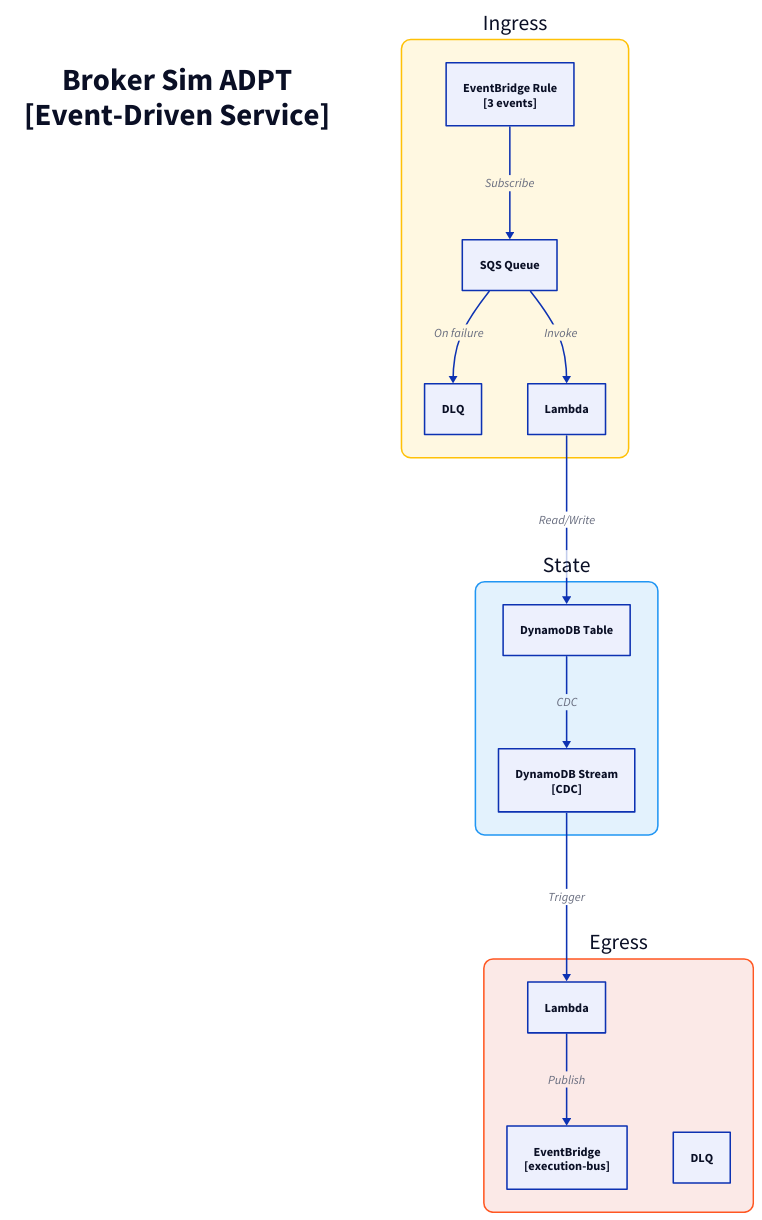
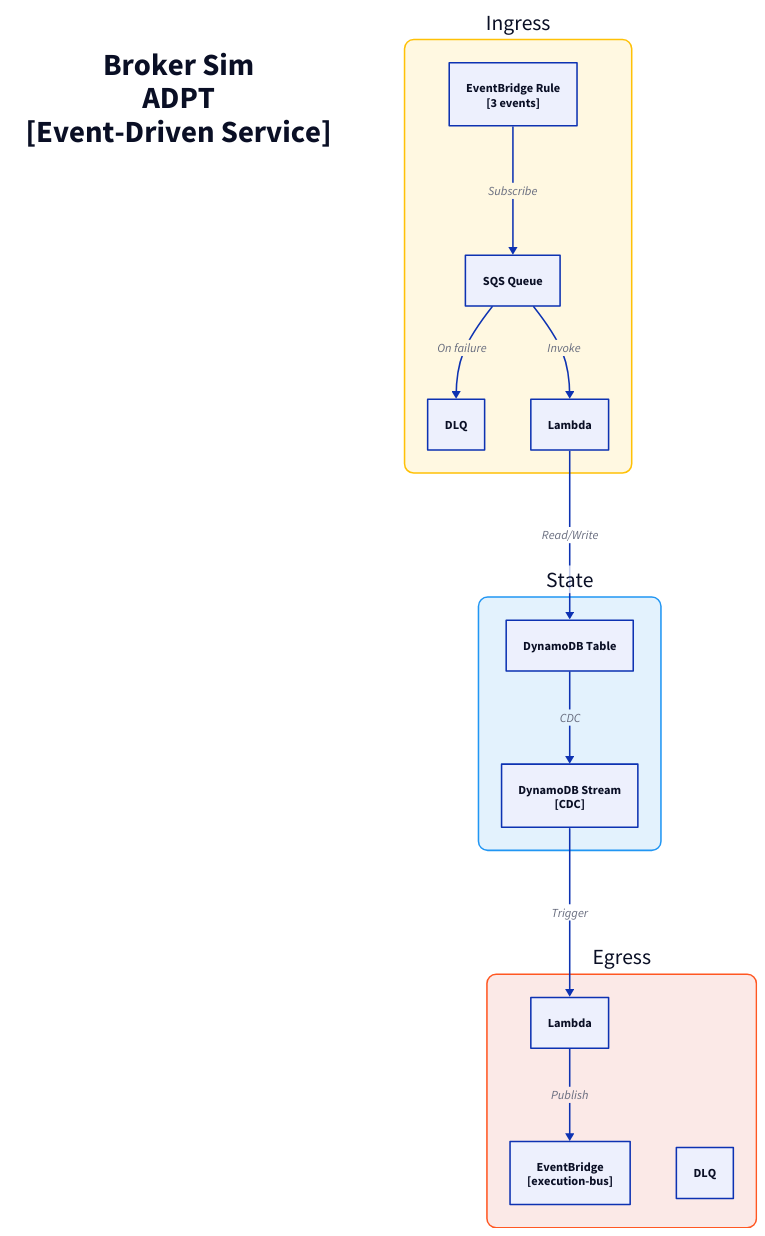
Before and after one commit to fabio-vitali/nestfolio: the diagram in docs/architecture/c3/broker-sim-adpt.d2, drawn with D2. The commit also changed 66 other files, not shown here.

Commit message:
fix: c4 diagrams fixes

```diff
--- a/docs/architecture/c3/broker-sim-adpt.d2
+++ b/docs/architecture/c3/broker-sim-adpt.d2
@@ -1,37 +1,37 @@
 direction: down
 
-title: "Broker Sim ADPT\n[Event-Driven Service]" {
+title: "Broker Sim\nADPT\n[Event-Driven Service]" {
   style: { font-size: 40; bold: true; fill: transparent; stroke: transparent }
 }
 
 ingress: "Ingress" {
   style: { fill: "#FFF8E1"; stroke: "#FFC107"; border-radius: 12; font-size: 28 }
   rule: "EventBridge Rule\n[3 events]" { class: aws-eventbridge }
   sqs: "SQS Queue" { class: aws-sqs }
   dlq: "DLQ" { class: aws-dlq }
   handler: "Lambda" { class: aws-lambda }
 
   rule -> sqs: Subscribe
   sqs -> handler: Invoke
   sqs -> dlq: On failure
 }
 
 state: "State" {
   style: { fill: "#E3F2FD"; stroke: "#2196F3"; border-radius: 12; font-size: 28 }
   table: "DynamoDB Table" { class: aws-dynamodb }
   stream: "DynamoDB Stream\n[CDC]" { class: aws-ddb-stream }
   table -> stream: CDC
 }
 
 egress: "Egress" {
   style: { fill: "#FBE9E7"; stroke: "#FF5722"; border-radius: 12; font-size: 28 }
   processor: "Lambda" { class: aws-lambda }
   bus: "EventBridge\n[execution-bus]" { class: aws-eventbridge }
   dlq: "DLQ" { class: aws-dlq }
 
   processor -> bus: Publish
 }
 
 # Flows
 ingress.handler -> state.table: Read/Write
 state.stream -> egress.processor: Trigger
```
